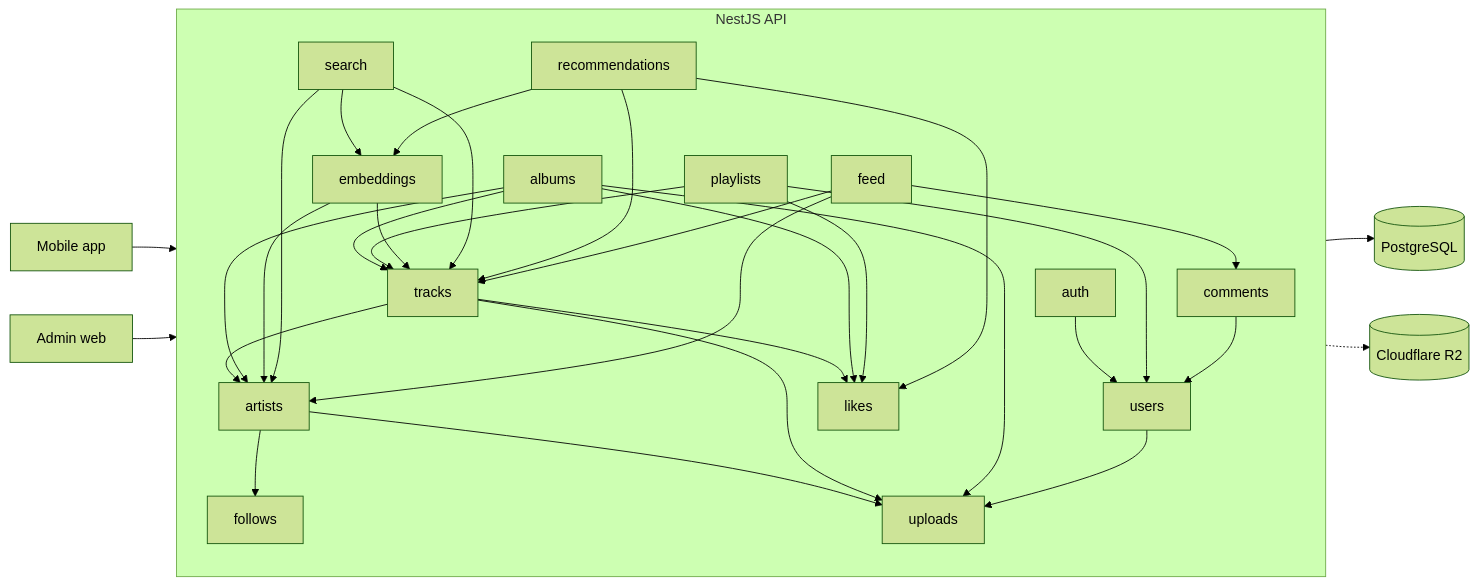
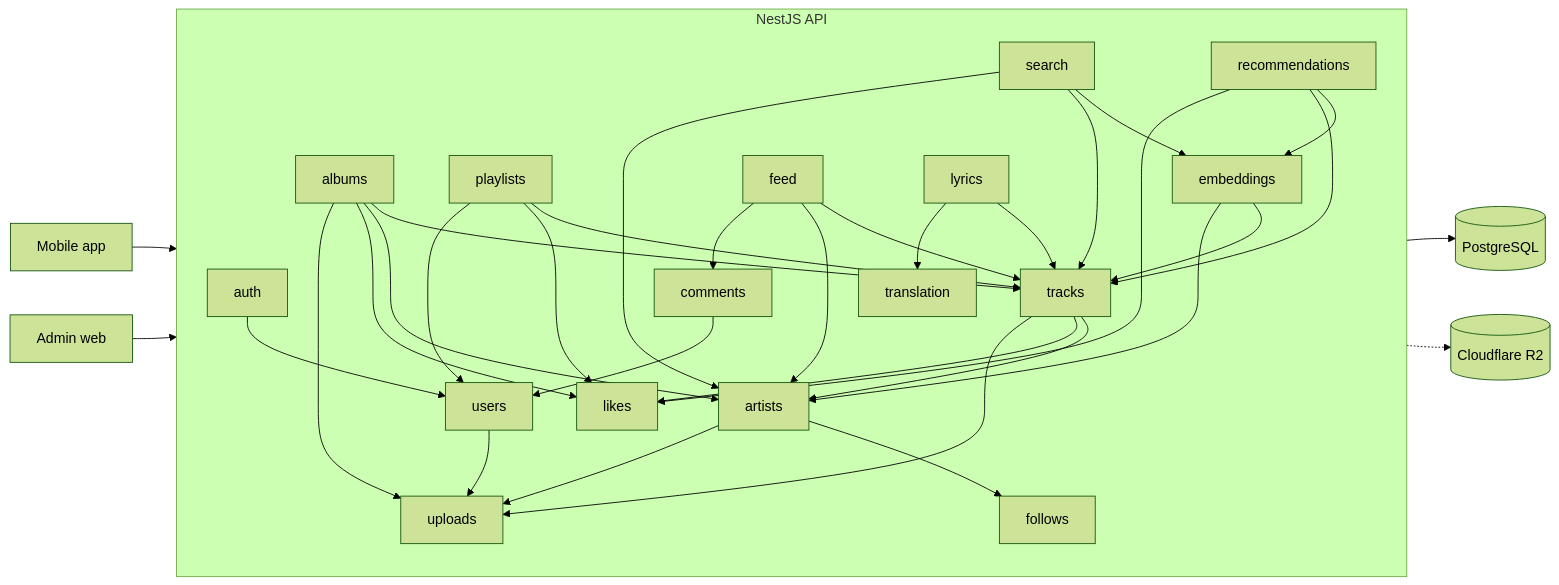
One commit to vinhmai2109551/music-stream-app changed the first of 2 diagrams in README.md. Above: the diagram before and after it, drawn with Mermaid (forest theme). The commit also changed other lines of this file and 8 other files, not shown here.

Commit message:
feat(player): add a lyrics sheet with on-demand DeepL translation and side-by-side view [SAM1-13]

````diff
--- a/README.md
+++ b/README.md
@@ -193,36 +195,38 @@
 ```mermaid
 flowchart LR
   Mobile[Mobile app] --> API
   Admin[Admin web] --> API
   subgraph API[NestJS API]
     direction TB
     auth --> users
     artists --> follows
     artists --> uploads
     tracks --> artists
     tracks --> likes
     tracks --> uploads
     albums --> tracks
     albums --> artists
     albums --> likes
     albums --> uploads
     playlists --> tracks
     playlists --> likes
     playlists --> users
     comments --> users
     users --> uploads
     embeddings --> tracks
     embeddings --> artists
     search --> embeddings
     search --> tracks
     search --> artists
     recommendations --> embeddings
     recommendations --> tracks
     recommendations --> likes
     feed --> tracks
     feed --> artists
     feed --> comments
+    lyrics --> tracks
+    lyrics --> translation
   end
   API --> DB[(PostgreSQL)]
   API -.-> R2[(Cloudflare R2)]
 ```
````
